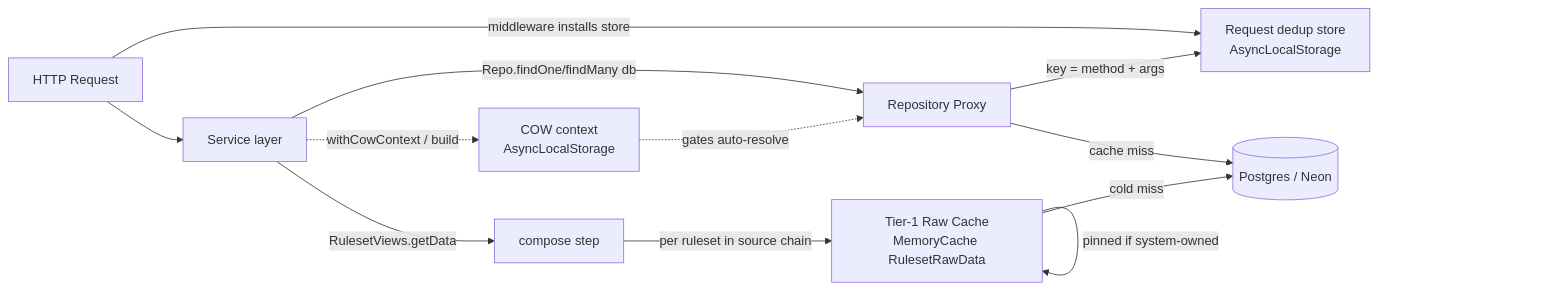
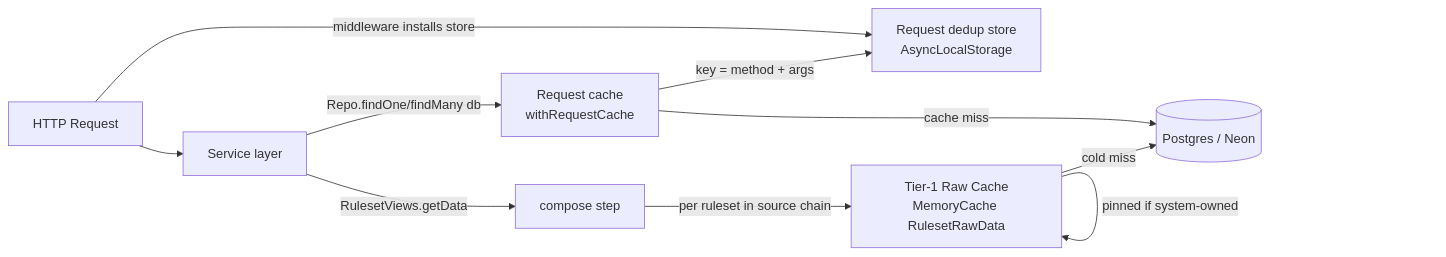
Before and after one commit to PhilippeChab/arkyvree: the first of 7 diagrams in docs/caching.md, drawn with Mermaid. The commit also changed other lines of this file and 64 other files, not shown here.

First line of the commit message:
Resolve copy-on-write ids where they're read: no ambient context

````diff
--- a/docs/caching.md
+++ b/docs/caching.md
@@ -45,14 +37,12 @@
 ```mermaid
 flowchart LR
     Req[HTTP Request] -->|middleware installs store| Store[Request dedup store<br/>AsyncLocalStorage]
     Req --> Svc[Service layer]
-    Svc -->|Repo.findOne/findMany db| Proxy[Repository Proxy]
+    Svc -->|Repo.findOne/findMany db| Proxy[Request cache<br/>withRequestCache]
     Proxy -->|key = method + args| Store
     Proxy -->|cache miss| PG[(Postgres / Neon)]
     Svc -->|RulesetViews.getData| Compose[compose step]
     Compose -->|per ruleset in source chain| Raw[Tier-1 Raw Cache<br/>MemoryCache RulesetRawData]
     Raw -->|pinned if system-owned| Raw
     Raw -->|cold miss| PG
-    Svc -.->|withCowContext / build| CowCtx[COW context<br/>AsyncLocalStorage]
-    CowCtx -.->|gates auto-resolve| Proxy
 ```
````
